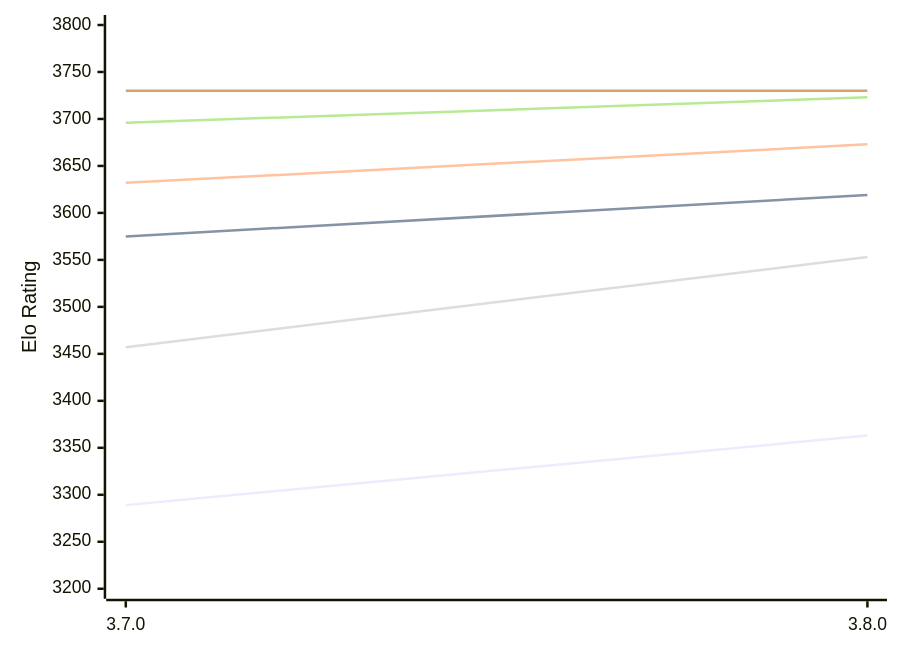
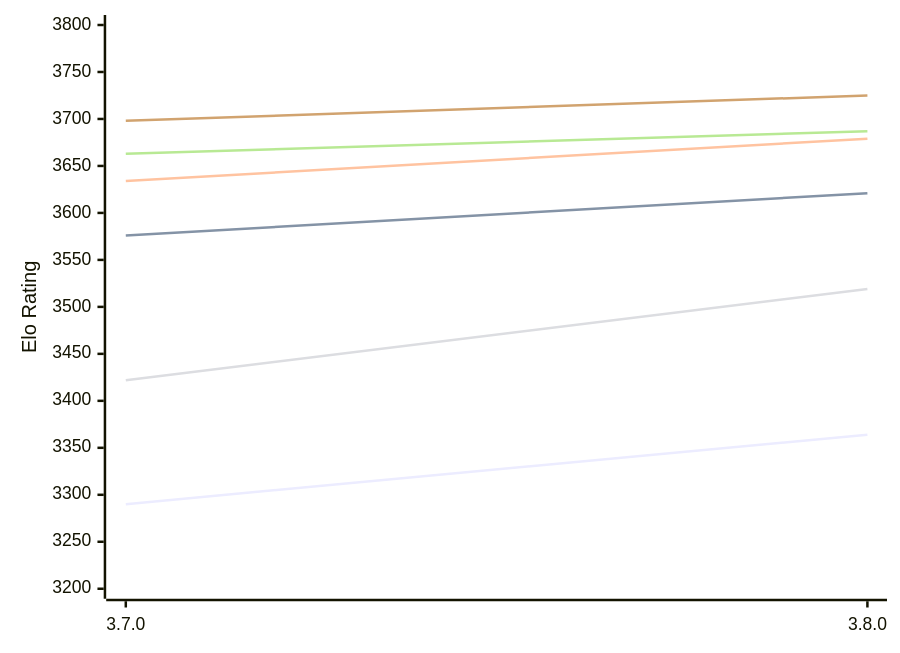
Before and after one commit to computer-chess-index/cci: the first of 2 diagrams in engines/Igel.md, drawn with Mermaid. The commit also changed other lines of this file, not shown here.

Commit message:
Update CCI Ratings (ELO VLTC) - 2026-10-23

````diff
--- a/engines/Igel.md
+++ b/engines/Igel.md
@@ -51,12 +51,12 @@
 ```mermaid
 %%{init: {"theme":"base","themeVariables":{"seriesColors:['#a3a3a3','#222221','#faa371']}}}%%
 xychart-beta
   x-axis ["3.7.0", "3.8.0"]
   y-axis "Elo Rating" 3200 --> 3800
-  line "E1: STC (8.0+0.08s)" [3289, 3363]
-  line "E1: LTC (60.0+0.60s)" [3575, 3619]
-  line "E1: VLTC (2m24s+1.12s)" [3632, 3673]
-  line "P1: STC (8.0+0.08s)" [3457, 3553]
-  line "P1: LTC (60.0+0.60s)" [3696, 3723]
-  line "P1: VLTC (2m24s+1.12s)" [3730, 3730]
+  line "E1: STC (8.0+0.08s)" [3290, 3364]
+  line "E1: LTC (60.0+0.60s)" [3576, 3621]
+  line "E1: VLTC (2m24s+1.12s)" [3634, 3679]
+  line "P1: STC (8.0+0.08s)" [3422, 3519]
+  line "P1: LTC (60.0+0.60s)" [3663, 3687]
+  line "P1: VLTC (2m24s+1.12s)" [3698, 3725]
 ```
````
